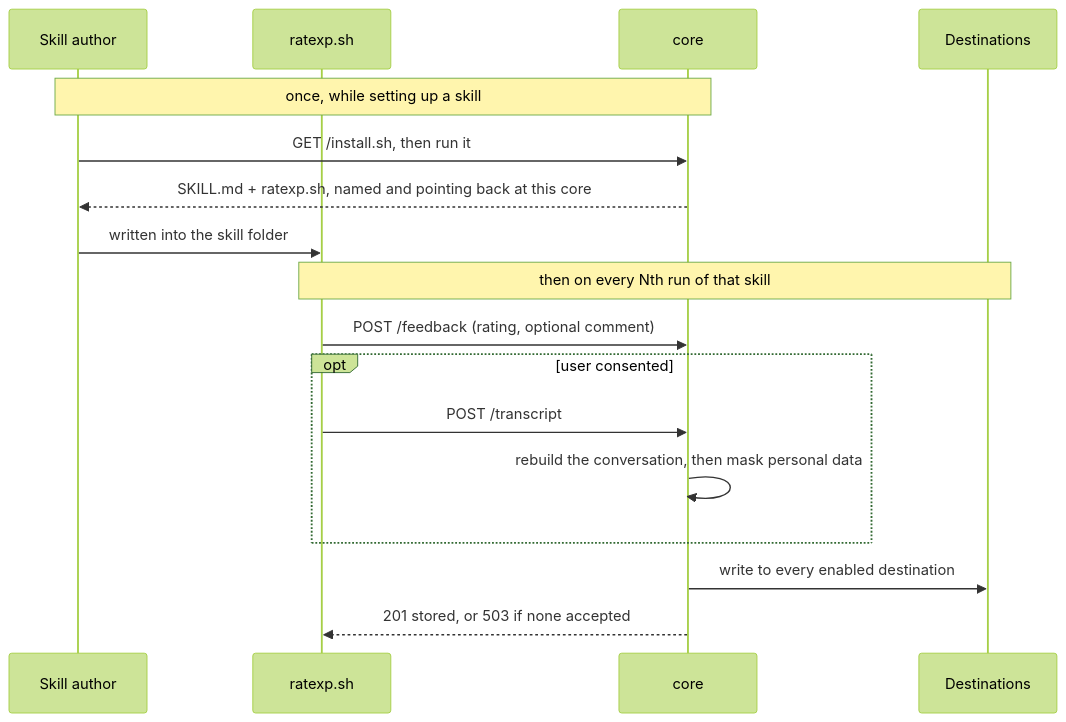
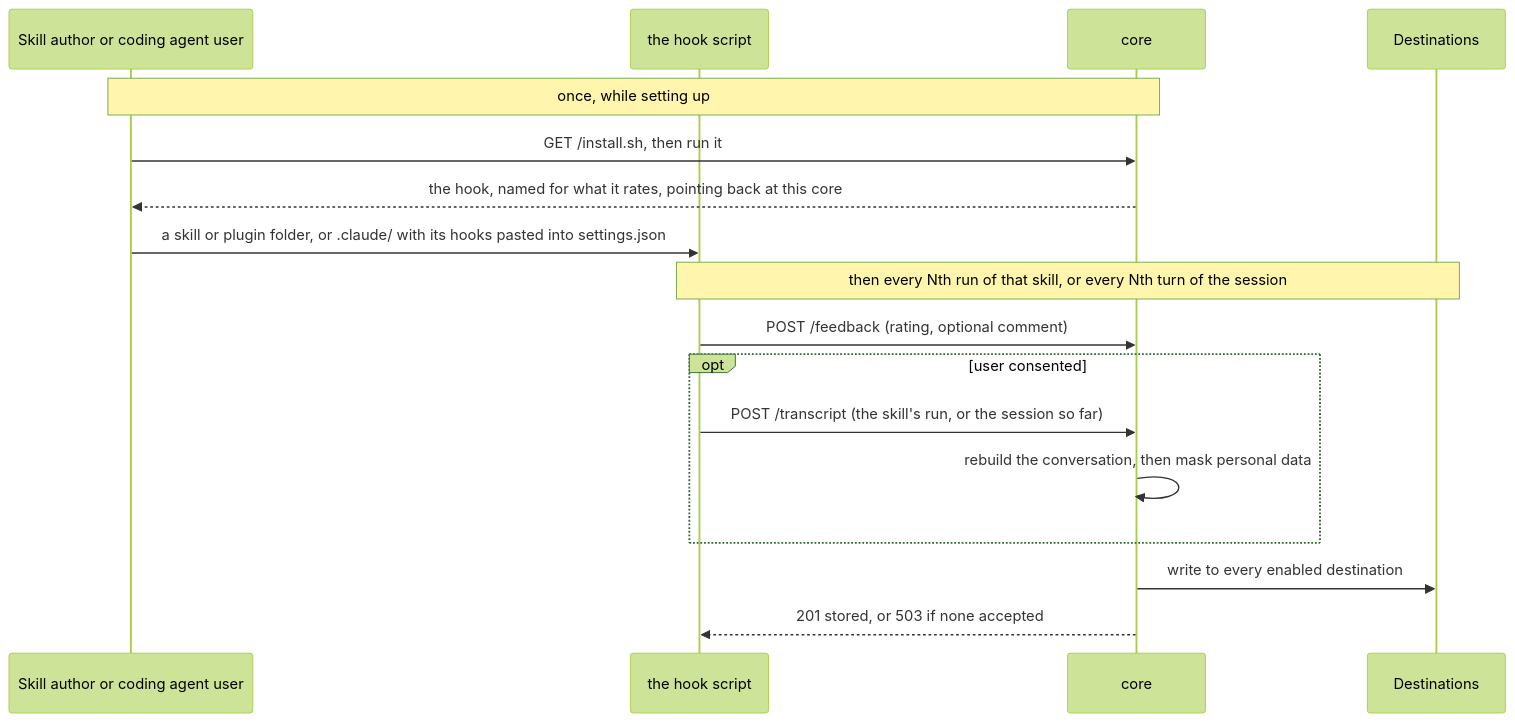
One commit to HikmetB1/RateXp changed the diagram in README.md. Above: the diagram before and after it, drawn with Mermaid (forest theme). The commit also changed other lines of this file and 42 other files, not shown here.

Commit message:
feat: rate whole coding agent sessions, with a separate hook script per skill, plugin and agent

````diff
--- a/README.md
+++ b/README.md
@@ -64,21 +82,21 @@
 ```mermaid
 sequenceDiagram
-    participant A as Skill author
-    participant H as ratexp.sh
+    participant A as Skill author or coding agent user
+    participant H as the hook script
     participant C as core
     participant D as Destinations
 
-    Note over A,C: once, while setting up a skill
+    Note over A,C: once, while setting up
     A->>C: GET /install.sh, then run it
-    C-->>A: SKILL.md + ratexp.sh, named and pointing back at this core
-    A->>H: written into the skill folder
+    C-->>A: the hook, named for what it rates, pointing back at this core
+    A->>H: a skill or plugin folder, or .claude/ with its hooks pasted into settings.json
 
-    Note over H,D: then on every Nth run of that skill
+    Note over H,D: then every Nth run of that skill, or every Nth turn of the session
     H->>C: POST /feedback (rating, optional comment)
     opt user consented
-        H->>C: POST /transcript
+        H->>C: POST /transcript (the skill's run, or the session so far)
         C->>C: rebuild the conversation, then mask personal data
     end
     C->>D: write to every enabled destination
     C-->>H: 201 stored, or 503 if none accepted
 ```
````
